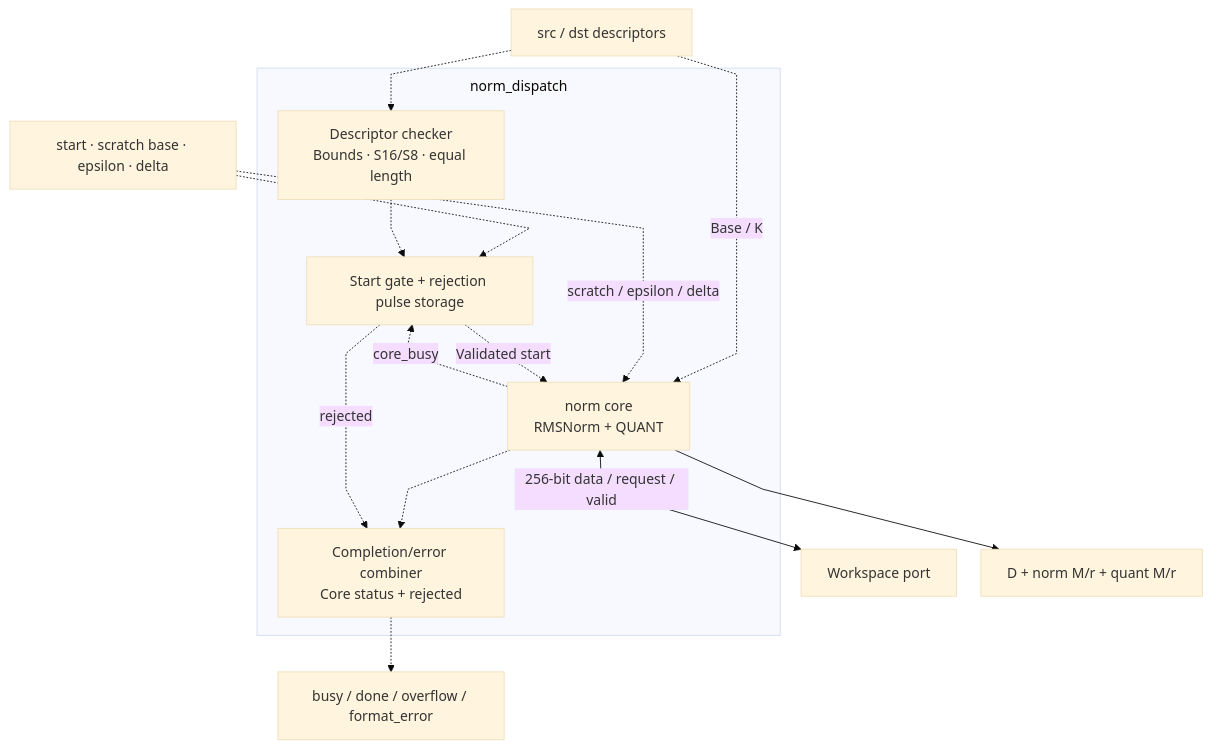
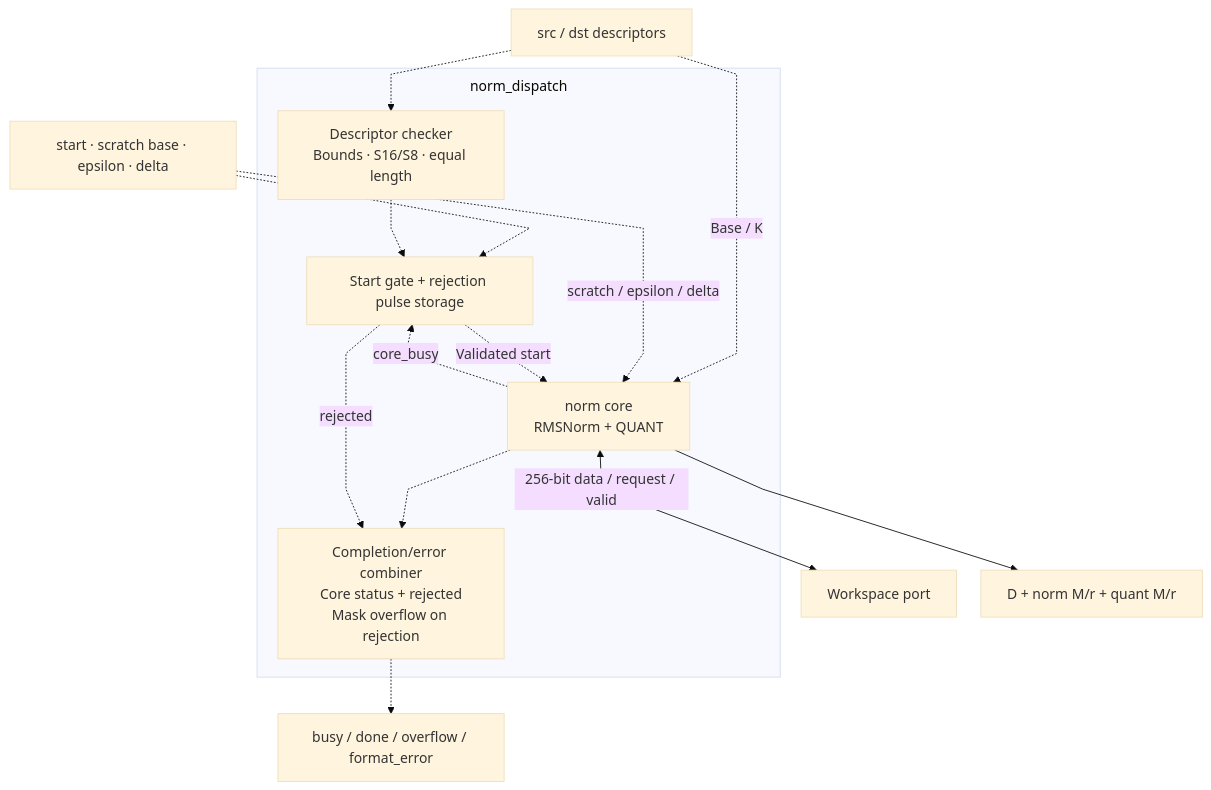
The diagram in docs/source_guide/blocks/norm_dispatch.sv.md (nguyennhutkhanhtom/NPU), drawn with Mermaid (base theme) before and after one commit. The commit also changed other lines of this file and 123 other files, not shown here.

````diff
--- a/docs/source_guide/blocks/norm_dispatch.sv.md
+++ b/docs/source_guide/blocks/norm_dispatch.sv.md
@@ -15,24 +15,24 @@
 ```mermaid
 flowchart TB
 %%{init: {"flowchart": {"subGraphTitleMargin": {"top": 8, "bottom": 20}, "nodeSpacing": 28, "rankSpacing": 42, "curve": "linear"}}}%%
     D["src / dst descriptors"]
     C["start · scratch base · epsilon · delta"]
     subgraph WRAP["norm_dispatch"]
         CHECK["Descriptor checker<br/>Bounds · S16/S8 · equal length"]
         GATE["Start gate + rejection pulse storage"]
         CORE["norm core<br/>RMSNorm + QUANT"]
-        STATUS["Completion/error combiner<br/>Core status + rejected"]
+        STATUS["Completion/error combiner<br/>Core status + rejected<br/>Mask overflow on rejection"]
     end
     D -.-> CHECK
     D -.->|"Base / K"| CORE
     C -.-> GATE
     C -.->|"scratch / epsilon / delta"| CORE
     CHECK -.-> GATE
     GATE -.->|"Validated start"| CORE
     CORE -.->|"core_busy"| GATE
     CORE <-->|"256-bit data / request / valid"| WS["Workspace port"]
     CORE --> META["D + norm M/r + quant M/r"]
     CORE -.-> STATUS
     GATE -.->|"rejected"| STATUS
     STATUS -.-> OUT["busy / done / overflow / format_error"]
 ```
````
